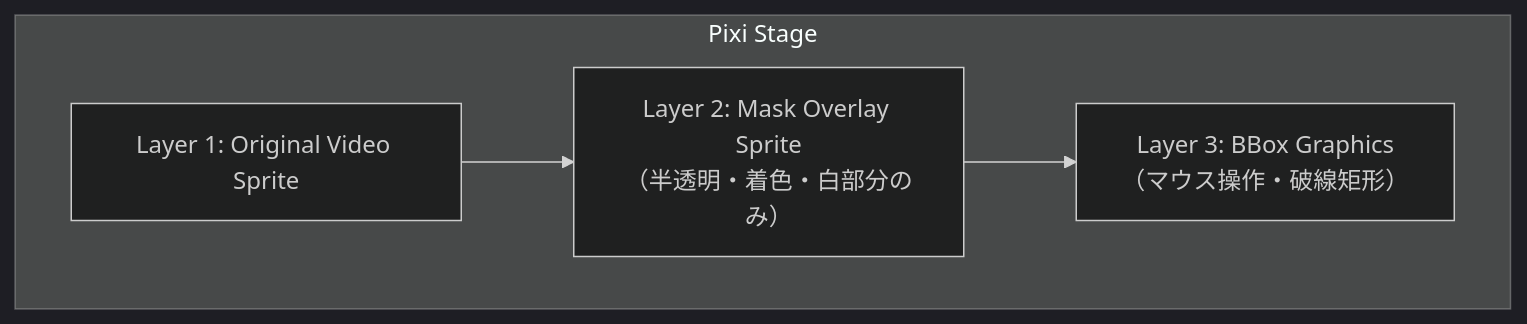
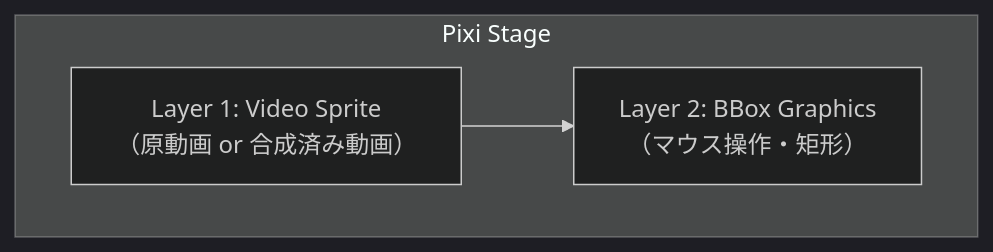
One commit to kanosawa/omnimatte-editor changed the diagram in docs/spec/07-pixi-canvas.md. Above: the diagram before and after it, drawn with Mermaid (dark theme). The commit also changed other lines of this file and 10 other files, not shown here.

````diff
--- a/docs/spec/07-pixi-canvas.md
+++ b/docs/spec/07-pixi-canvas.md
@@ -23,9 +23,8 @@
 ```mermaid
 flowchart TB
     subgraph Stage[Pixi Stage]
-        L1[Layer 1: Original Video Sprite]
-        L2["Layer 2: Mask Overlay Sprite<br/>（半透明・着色・白部分のみ）"]
-        L3["Layer 3: BBox Graphics<br/>（マウス操作・破線矩形）"]
+        L1["Layer 1: Video Sprite<br/>（原動画 or 合成済み動画）"]
+        L2["Layer 2: BBox Graphics<br/>（マウス操作・矩形）"]
     end
-    L1 --> L2 --> L3
+    L1 --> L2
 ```
````
